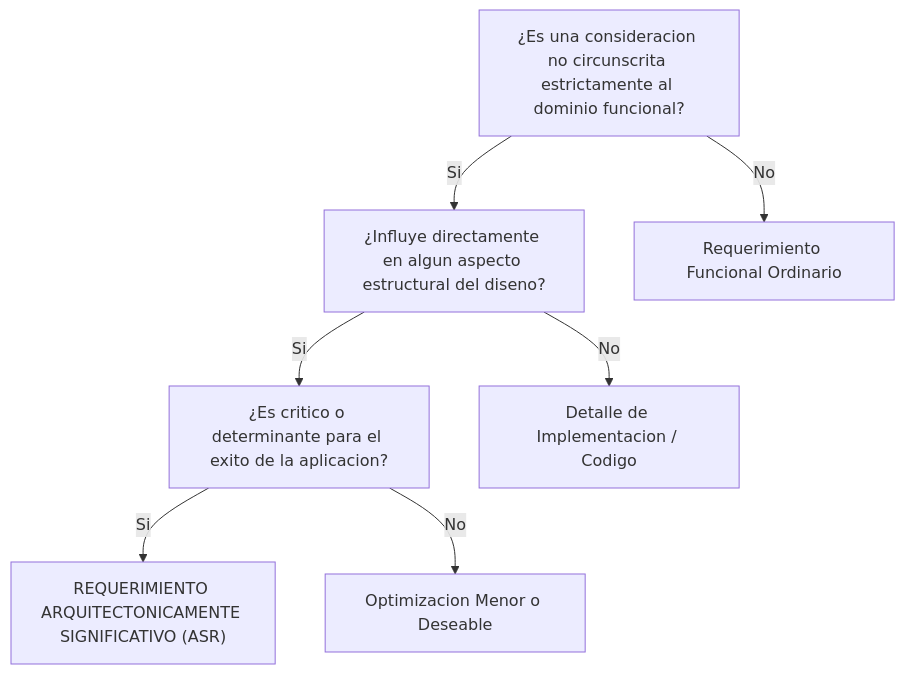
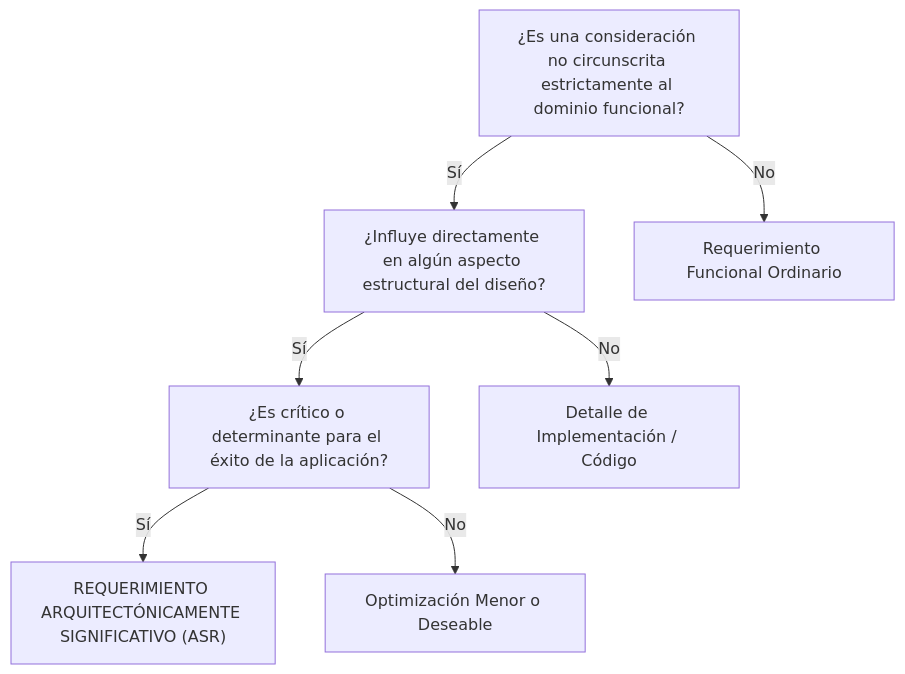
Before and after one commit to Kelocoes/docukelo-icesi: the second of 8 diagrams in docs/diseno-de-software-1/semana-1/03-drivers-asrs-escenarios.md, drawn with Mermaid. The commit also changed other lines of this file and 3 other files, not shown here.

Commit message:
docs(diseno-1): actualizar guias 02 y 03 con diagramas SVG optimizados, OCP y escenarios SEI

````diff
--- a/docs/diseno-de-software-1/semana-1/03-drivers-asrs-escenarios.md
+++ b/docs/diseno-de-software-1/semana-1/03-drivers-asrs-escenarios.md
@@ -69,9 +88,9 @@
 ```mermaid
 graph TD
-    A["¿Es una consideracion no circunscrita estrictamente al dominio funcional?"] -->|Si| B["¿Influye directamente en algun aspecto estructural del diseno?"]
+    A["¿Es una consideración no circunscrita estrictamente al dominio funcional?"] -->|Sí| B["¿Influye directamente en algún aspecto estructural del diseño?"]
     A -->|No| R1["Requerimiento Funcional Ordinario"]
-    B -->|Si| C["¿Es critico o determinante para el exito de la aplicacion?"]
-    B -->|No| R2["Detalle de Implementacion / Codigo"]
-    C -->|Si| ASR["REQUERIMIENTO ARQUITECTONICAMENTE SIGNIFICATIVO (ASR)"]
-    C -->|No| R3["Optimizacion Menor o Deseable"]
+    B -->|Sí| C["¿Es crítico o determinante para el éxito de la aplicación?"]
+    B -->|No| R2["Detalle de Implementación / Código"]
+    C -->|Sí| ASR["REQUERIMIENTO ARQUITECTÓNICAMENTE SIGNIFICATIVO (ASR)"]
+    C -->|No| R3["Optimización Menor o Deseable"]
 ```
````
